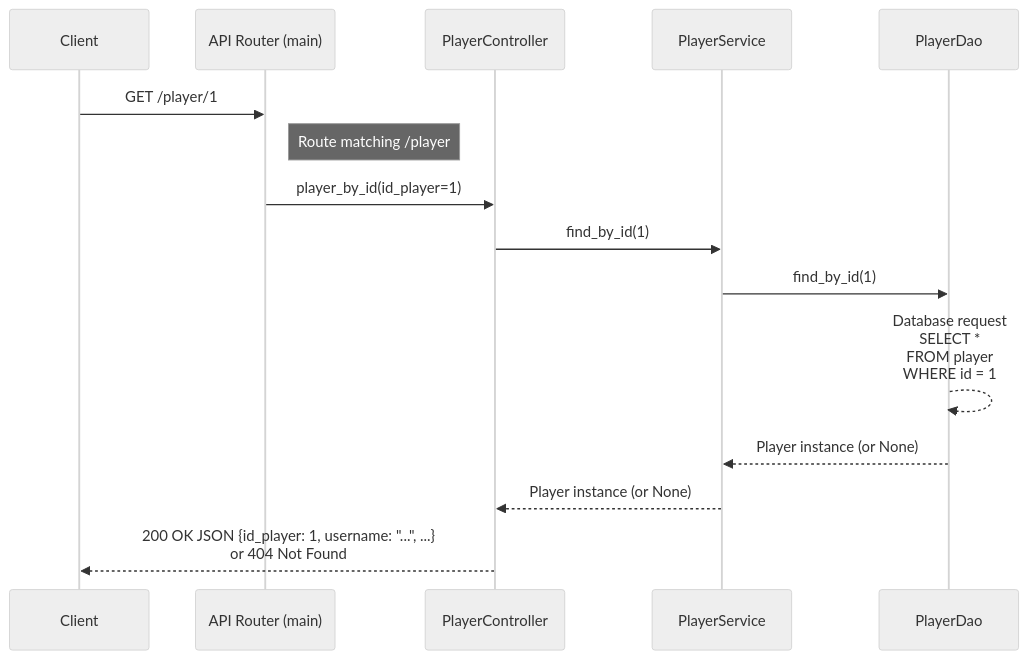
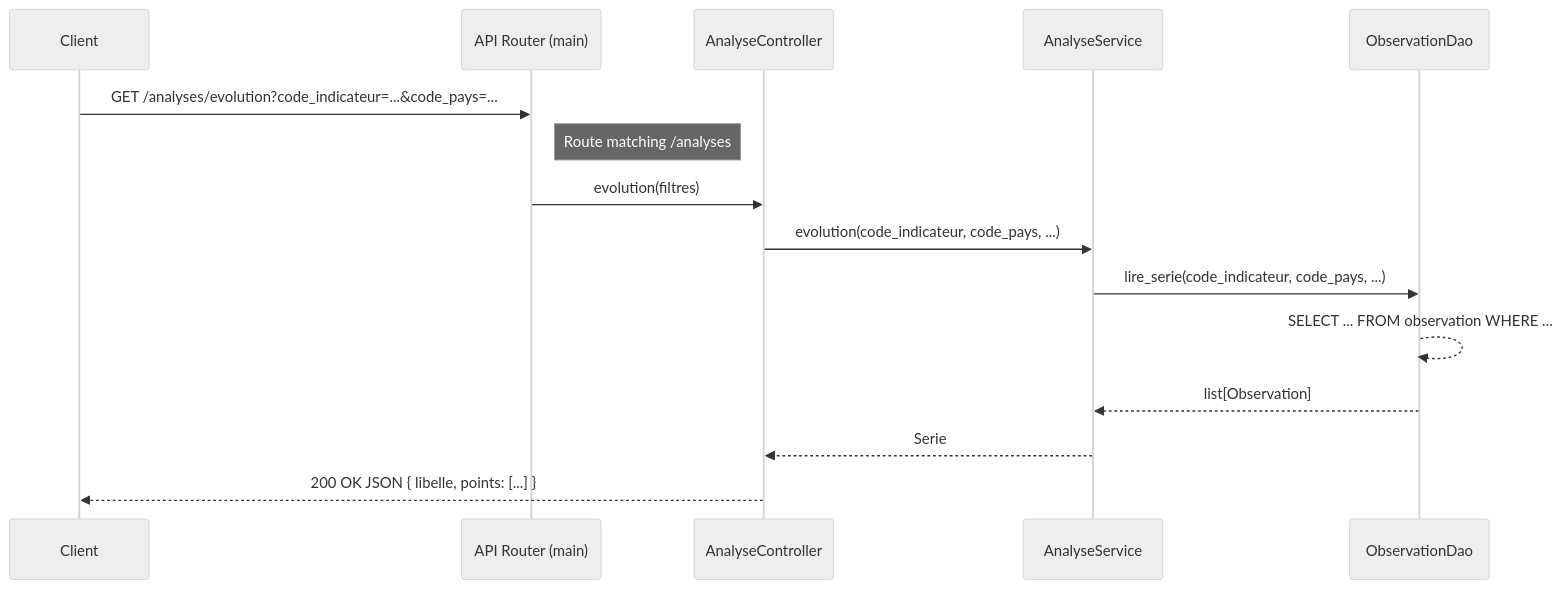
One commit to HaInnovate24/ensai-it-project-2a-team23 changed the diagram in backend/README.md. Above: the diagram before and after it, drawn with Mermaid (neutral theme). The commit also changed other lines of this file and 85 other files, not shown here.

Commit message:
v1 architecture

````diff
--- a/backend/README.md
+++ b/backend/README.md
@@ -30,20 +128,18 @@
 ```mermaid
 sequenceDiagram
     participant Client as Client
     participant Router as API Router (main)
-    participant WS as PlayerController
-    participant Service as PlayerService
-    participant DAO as PlayerDao
+    participant Ctrl as AnalyseController
+    participant Service as AnalyseService
+    participant DAO as ObservationDao
 
-    Client->>Router: GET /player/1
-    Note right of Router: Route matching /player
-    Router->>WS: player_by_id(id_player=1)
-
-    WS->>Service: find_by_id(1)
-
-    Service->>DAO: find_by_id(1)
-    DAO-->>DAO: Database request <br/>SELECT *<br/>FROM player<br/> WHERE id = 1
-    DAO-->>Service: Player instance (or None)
-    Service-->>WS: Player instance (or None)
-    WS-->>Client: 200 OK JSON {id_player: 1, username: "...", ...} <br/> or 404 Not Found
+    Client->>Router: GET /analyses/evolution?code_indicateur=...&code_pays=...
+    Note right of Router: Route matching /analyses
+    Router->>Ctrl: evolution(filtres)
+    Ctrl->>Service: evolution(code_indicateur, code_pays, ...)
+    Service->>DAO: lire_serie(code_indicateur, code_pays, ...)
+    DAO-->>DAO: SELECT ... FROM observation WHERE ...
+    DAO-->>Service: list[Observation]
+    Service-->>Ctrl: Serie
+    Ctrl-->>Client: 200 OK JSON { libelle, points: [...] }
 ```
````
